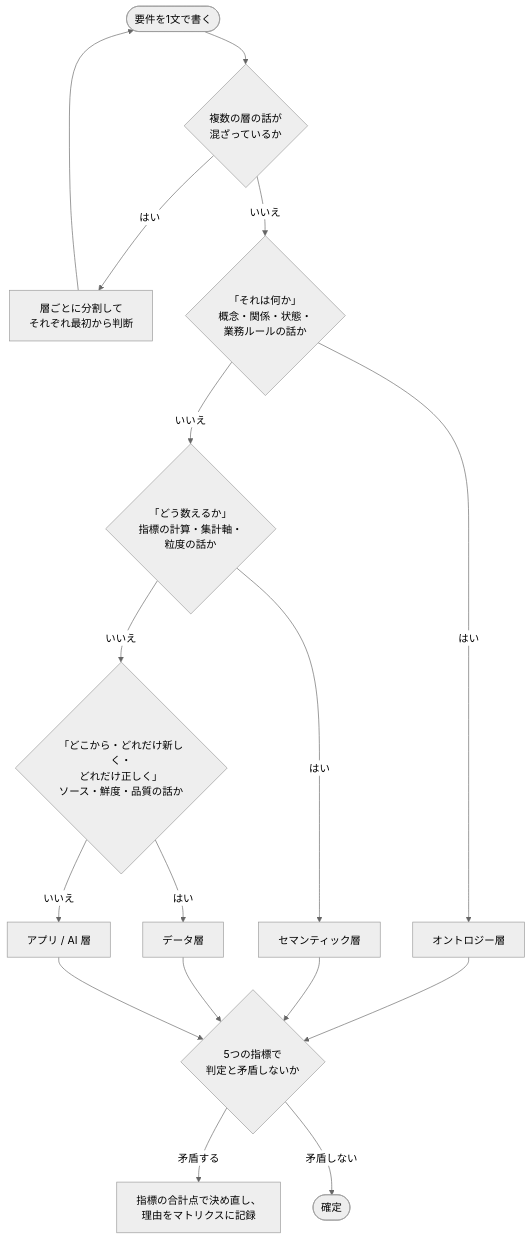
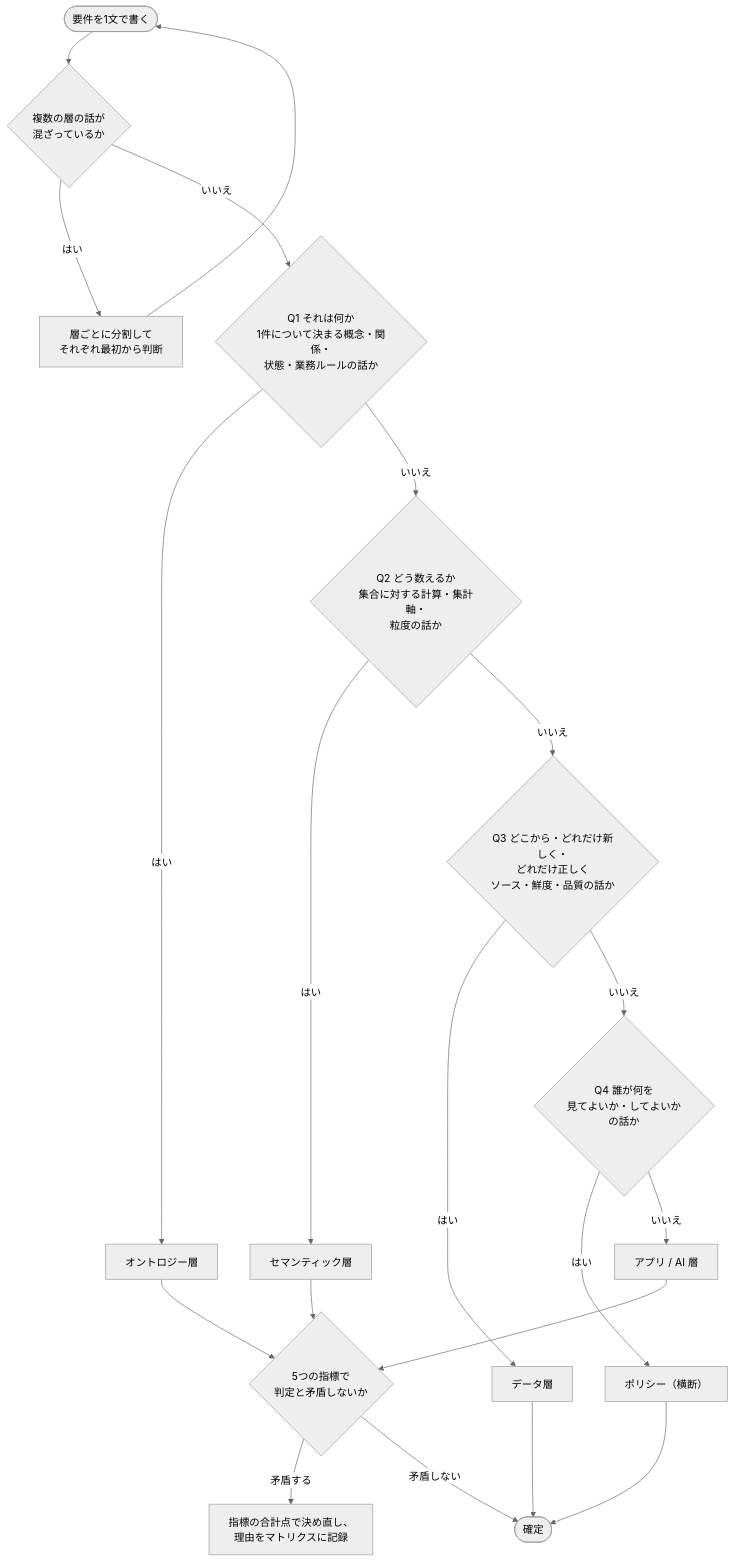
One commit to keito118/ai-ready-requirements changed the diagram in framework/ja/02_decision-criteria.md. Above: the diagram before and after it, drawn with Mermaid (neutral theme). The commit also changed other lines of this file and 12 other files, not shown here.

````diff
--- a/framework/ja/02_decision-criteria.md
+++ b/framework/ja/02_decision-criteria.md
@@ -14,15 +14,18 @@
 ```mermaid
 flowchart TD
   S([要件を1文で書く]) --> SPLIT{複数の層の話が<br/>混ざっているか}
   SPLIT -- はい --> DIV[層ごとに分割して<br/>それぞれ最初から判断] --> S
-  SPLIT -- いいえ --> Q1{「それは何か」<br/>概念・関係・状態・<br/>業務ルールの話か}
+  SPLIT -- いいえ --> Q1{"Q1 それは何か<br/>1件について決まる概念・関係・<br/>状態・業務ルールの話か"}
   Q1 -- はい --> ONT[オントロジー層]
-  Q1 -- いいえ --> Q2{「どう数えるか」<br/>指標の計算・集計軸・<br/>粒度の話か}
+  Q1 -- いいえ --> Q2{"Q2 どう数えるか<br/>集合に対する計算・集計軸・<br/>粒度の話か"}
   Q2 -- はい --> SEM[セマンティック層]
-  Q2 -- いいえ --> Q3{「どこから・どれだけ新しく・<br/>どれだけ正しく」<br/>ソース・鮮度・品質の話か}
+  Q2 -- いいえ --> Q3{"Q3 どこから・どれだけ新しく・<br/>どれだけ正しく<br/>ソース・鮮度・品質の話か"}
   Q3 -- はい --> DAT[データ層]
-  Q3 -- いいえ --> APP[アプリ / AI 層]
-  ONT & SEM & DAT & APP --> CHK{5つの指標で<br/>判定と矛盾しないか}
+  Q3 -- いいえ --> Q4{"Q4 誰が何を<br/>見てよいか・してよいか<br/>の話か"}
+  Q4 -- はい --> POL[ポリシー（横断）]
+  Q4 -- いいえ --> APP[アプリ / AI 層]
+  ONT & SEM & APP --> CHK{5つの指標で<br/>判定と矛盾しないか}
+  DAT & POL --> OK
   CHK -- 矛盾する --> REV[指標の合計点で決め直し、<br/>理由をマトリクスに記録]
   CHK -- 矛盾しない --> OK([確定])
 ```
````
